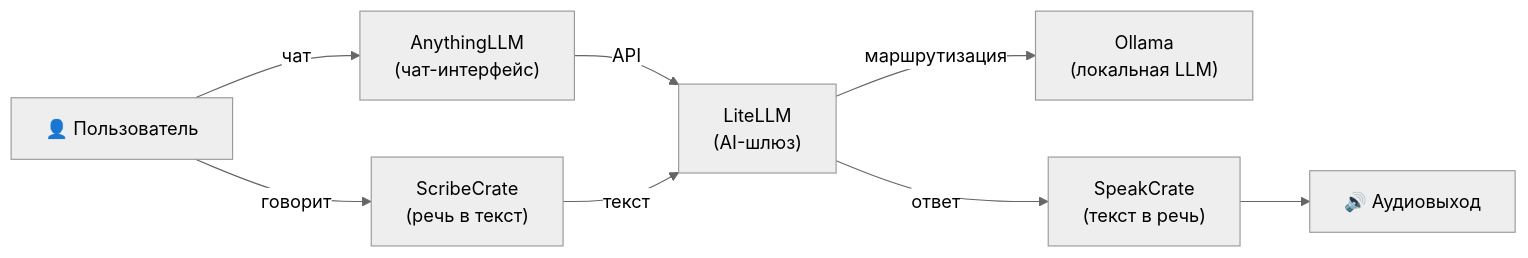
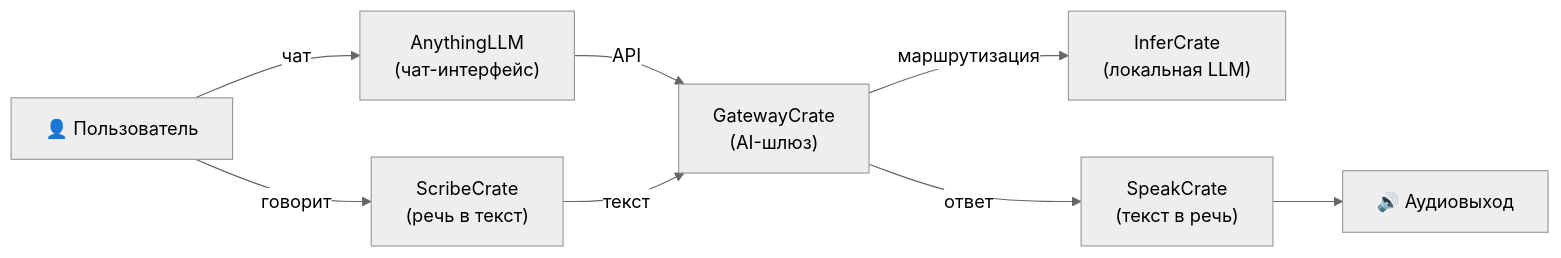
The diagram in stacks/voice-chat/README-ru.md (hwdsl2/self-hosted-ai-stack), drawn with Mermaid (neutral theme) before and after one commit. The commit also changed other lines of this file and 47 other files, not shown here.

````diff
--- a/stacks/voice-chat/README-ru.md
+++ b/stacks/voice-chat/README-ru.md
@@ -17,10 +17,10 @@
 ```mermaid
 graph LR
     U["👤 Пользователь"] -->|чат| A["AnythingLLM<br/>(чат-интерфейс)"]
     U -->|говорит| W["ScribeCrate<br/>(речь в текст)"]
-    A -->|API| L["LiteLLM<br/>(AI-шлюз)"]
-    L -->|маршрутизация| O["Ollama<br/>(локальная LLM)"]
+    A -->|API| L["GatewayCrate<br/>(AI-шлюз)"]
+    L -->|маршрутизация| O["InferCrate<br/>(локальная LLM)"]
     L -->|ответ| K["SpeakCrate<br/>(текст в речь)"]
     K --> S["🔊 Аудиовыход"]
     W -->|текст| L
 ```
````
